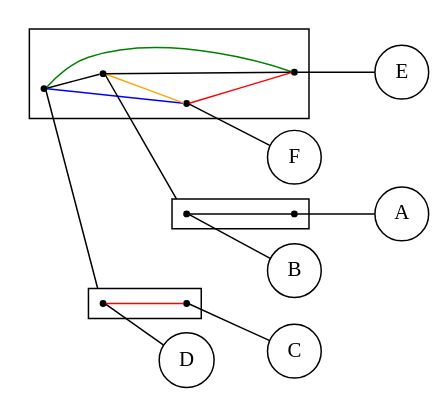
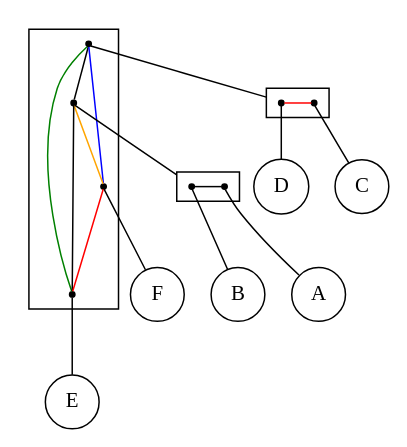
The diagram in src/final/Structure2.dot (lrodrin/TFG), drawn with Graphviz before and after one commit. The commit also changed 14 other files, not shown here.

```diff
--- a/src/final/Structure2.dot
+++ b/src/final/Structure2.dot
@@ -1,41 +1,43 @@
 digraph Structure2 {
 compound=true;
 fontname=Verdana;
 fontsize=12;
-rankdir=LR;
+newrank=true;
 node [shape=circle];
 F;
 E;
 B;
 A;
 D;
 C;
-subgraph cluster_FBEACD {
+subgraph cluster_FEADBC {
 node [shape=point];
 s_DC -> s_BA  [color=black, arrowhead=none];
 s_DC -> s_F  [color=blue, arrowhead=none];
 s_DC -> s_E  [color=green, arrowhead=none];
 s_BA -> s_F  [color=orange, arrowhead=none];
 s_BA -> s_E  [color=black, arrowhead=none];
 s_F -> s_E  [color=red, arrowhead=none];
 }
 
 subgraph cluster_BA {
+rank=same;
 node [shape=point];
 s_B -> s_A  [color=black, arrowhead=none];
 }
 
 subgraph cluster_DC {
+rank=same;
 node [shape=point];
 s_D -> s_C  [color=red, arrowhead=none];
 }
 
 s_DC -> s_D  [lhead=cluster_DC, arrowhead=none];
 s_BA -> s_B  [lhead=cluster_BA, arrowhead=none];
 s_F -> F  [arrowhead=none];
 s_E -> E  [arrowhead=none];
 s_B -> B  [arrowhead=none];
 s_A -> A  [arrowhead=none];
 s_D -> D  [arrowhead=none];
 s_C -> C  [arrowhead=none];
 }
```
